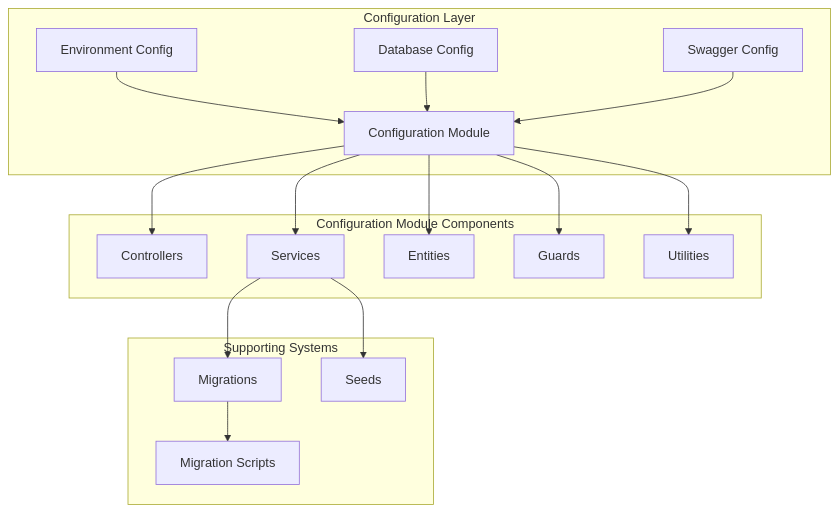
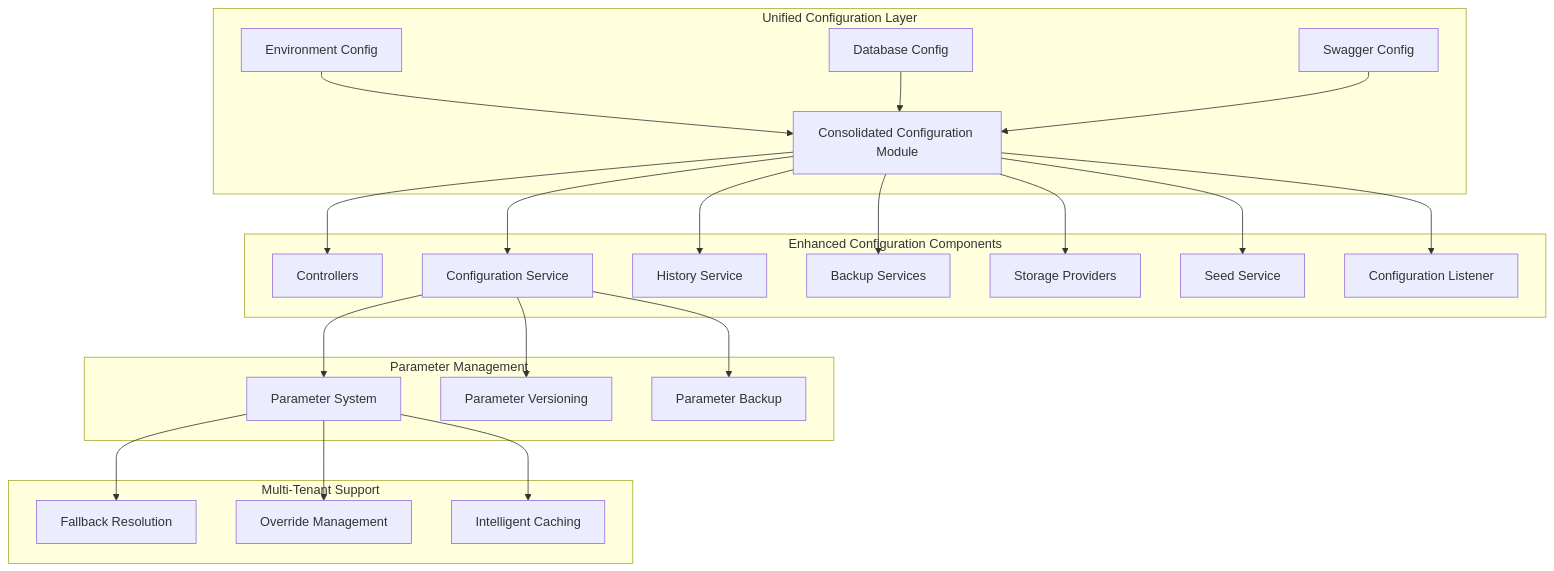
One commit to franckylab/eLISAschool changed the first of 6 diagrams in .qoder/repowiki/en/content/Getting Started/Complete Configuration Coverage.md. Above: the diagram before and after it, drawn with Mermaid. The commit also changed other lines of this file and 281 other files, not shown here.

````diff
--- a/.qoder/repowiki/en/content/Getting Started/Complete Configuration Coverage.md
+++ b/.qoder/repowiki/en/content/Getting Started/Complete Configuration Coverage.md
@@ -52,32 +67,44 @@
 ```mermaid
 graph TB
-subgraph "Configuration Layer"
+subgraph "Unified Configuration Layer"
 ENV[Environment Config]
 DB[Database Config]
 SWAG[Swagger Config]
-CFG[Configuration Module]
+CFG[Consolidated Configuration Module]
 end
-subgraph "Configuration Module Components"
+subgraph "Enhanced Configuration Components"
 CTRL[Controllers]
-SRV[Services]
-ENT[Entities]
-GUARD[Guards]
-UTIL[Utilities]
+SRV[Configuration Service]
+HIST[History Service]
+BACKUP[Backup Services]
+STORAGE[Storage Providers]
+SEED[Seed Service]
+LISTENER[Configuration Listener]
 end
-subgraph "Supporting Systems"
-MIG[Migrations]
-SEED[Seeds]
-SCRIPTS[Migration Scripts]
+subgraph "Parameter Management"
+PARAM[Parameter System]
+PARAM_VERSION[Parameter Versioning]
+PARAM_BACKUP[Parameter Backup]
+end
+subgraph "Multi-Tenant Support"
+FALLBACK[Fallback Resolution]
+OVERRIDE[Override Management]
+CACHE[Intelligent Caching]
 end
 ENV --> CFG
 DB --> CFG
 SWAG --> CFG
 CFG --> CTRL
 CFG --> SRV
-CFG --> ENT
-CFG --> GUARD
-CFG --> UTIL
-SRV --> MIG
-SRV --> SEED
-MIG --> SCRIPTS
+CFG --> HIST
+CFG --> BACKUP
+CFG --> STORAGE
+CFG --> SEED
+CFG --> LISTENER
+SRV --> PARAM
+SRV --> PARAM_VERSION
+SRV --> PARAM_BACKUP
+PARAM --> FALLBACK
+PARAM --> OVERRIDE
+PARAM --> CACHE
 ```
````
